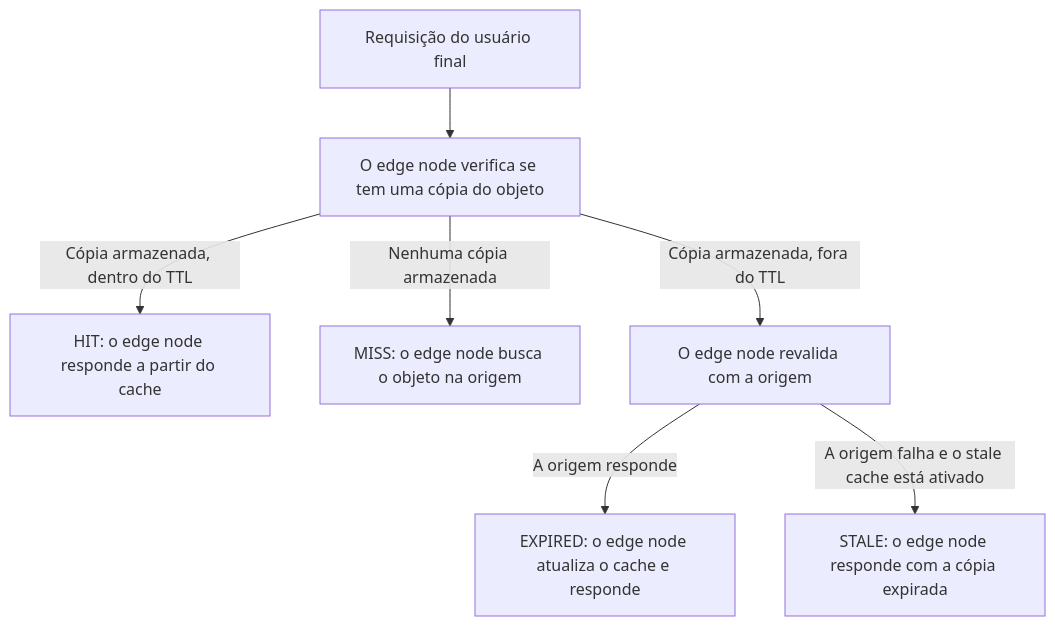
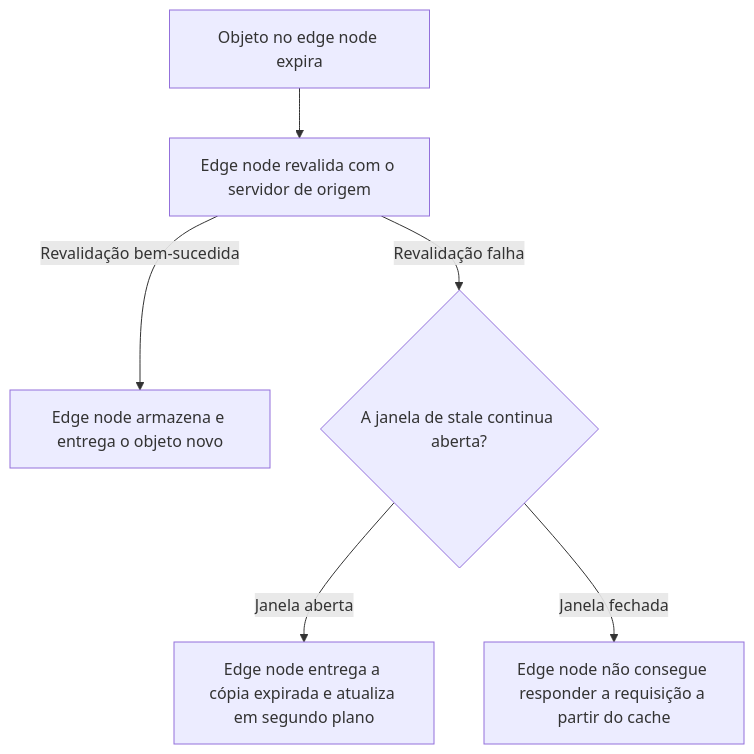
The second of 2 diagrams in src/content/docs/pt-br/pages/menu-principal/referencia/build/edge-application/cache-how-it-works.mdx (souzavinny/azion-docs), drawn with Mermaid before and after one commit. The commit also changed other lines of this file and 20 other files, not shown here.

````diff
--- a/src/content/docs/pt-br/pages/menu-principal/referencia/build/edge-application/cache-how-it-works.mdx
+++ b/src/content/docs/pt-br/pages/menu-principal/referencia/build/edge-application/cache-how-it-works.mdx
@@ -23,9 +102,8 @@
 ```mermaid
 flowchart TD
-  A["Requisição do usuário final"] --> B["O edge node verifica se tem uma cópia do objeto"]
-  B -->|"Cópia armazenada, dentro do TTL"| C["HIT: o edge node responde a partir do cache"]
-  B -->|"Nenhuma cópia armazenada"| D["MISS: o edge node busca o objeto na origem"]
-  B -->|"Cópia armazenada, fora do TTL"| E["O edge node revalida com a origem"]
-  E -->|"A origem responde"| F["EXPIRED: o edge node atualiza o cache e responde"]
-  E -->|"A origem falha e o stale cache está ativado"| G["STALE: o edge node responde com a cópia expirada"]
+  A[Objeto no edge node expira] --> B[Edge node revalida com o servidor de origem]
+  B -- Revalidação bem-sucedida --> C[Edge node armazena e entrega o objeto novo]
+  B -- Revalidação falha --> D{A janela de stale continua aberta?}
+  D -- Janela aberta --> E[Edge node entrega a cópia expirada e atualiza em segundo plano]
+  D -- Janela fechada --> F[Edge node não consegue responder a requisição a partir do cache]
 ```
````
